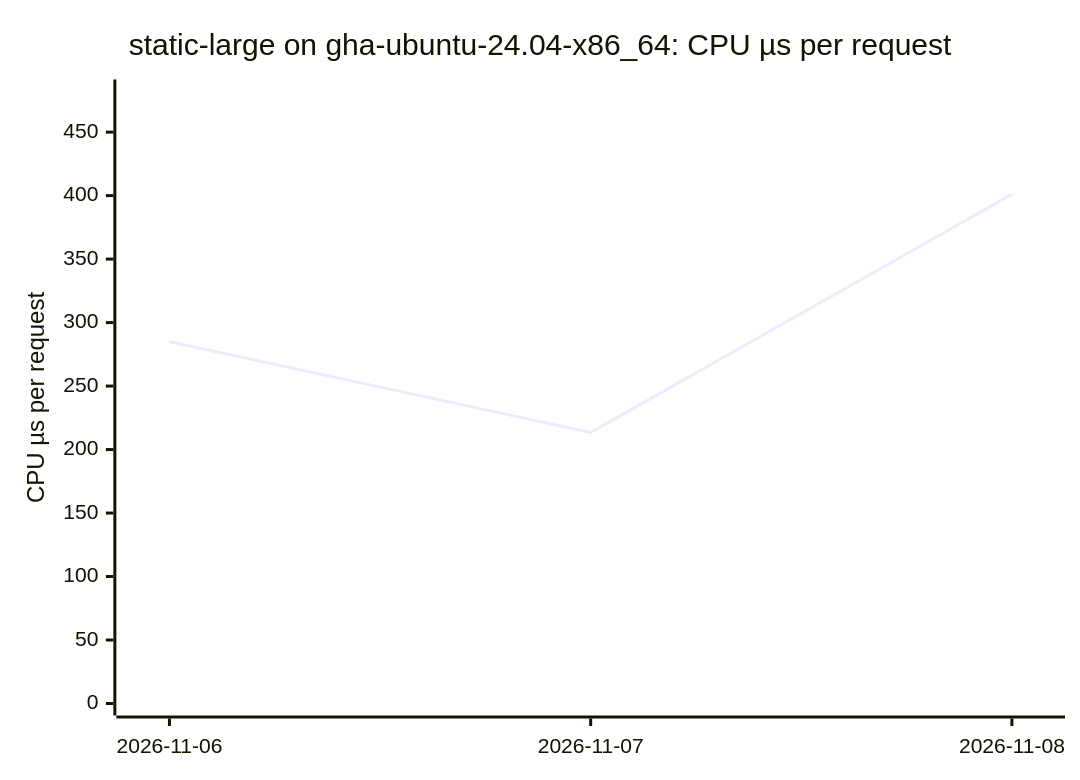
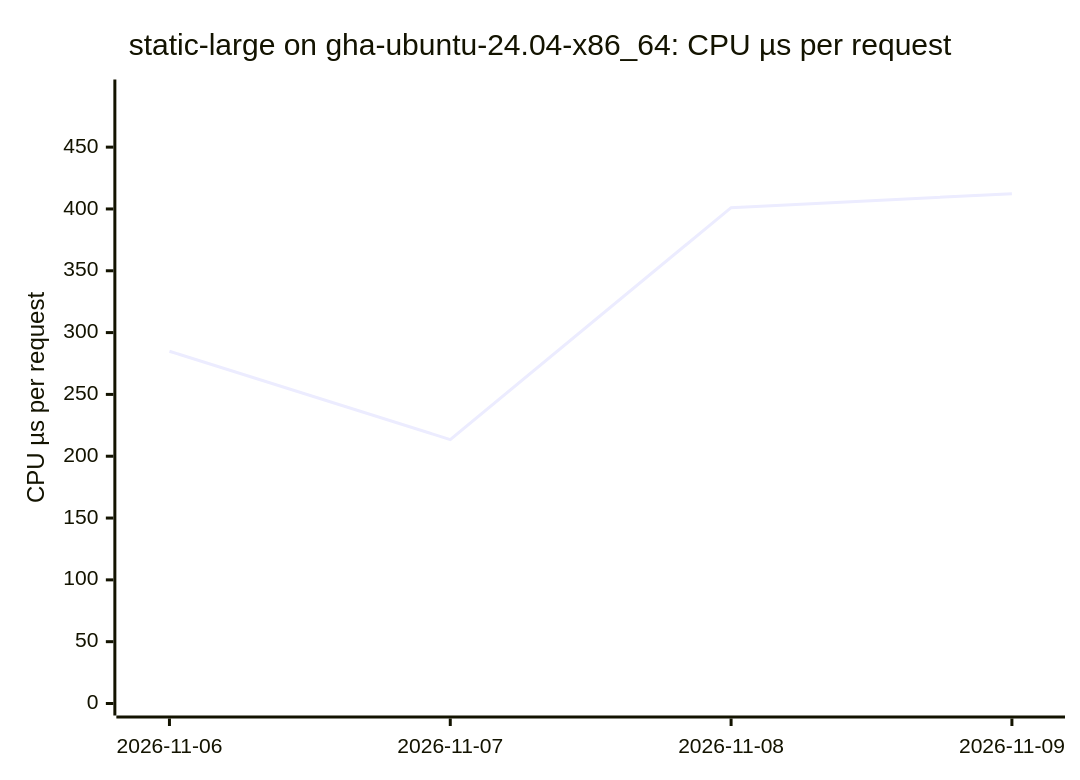
Before and after one commit to ThePixelPilgrim/durchlauferhitzer: the second of 18 diagrams in BENCHMARKS.md, drawn with Mermaid. The commit also changed other lines of this file and 1 other file, not shown here.

````diff
--- a/BENCHMARKS.md
+++ b/BENCHMARKS.md
@@ -35,7 +36,7 @@
 ```mermaid
 xychart-beta
   title "static-large on gha-ubuntu-24.04-x86_64: CPU µs per request"
-  x-axis ["2026-11-06", "2026-11-07", "2026-11-08"]
-  y-axis "CPU µs per request" 0 --> 482
-  line [284.94, 213.45, 401.07]
+  x-axis ["2026-11-06", "2026-11-07", "2026-11-08", "2026-11-09"]
+  y-axis "CPU µs per request" 0 --> 495
+  line [284.94, 213.45, 401.07, 412.38]
 ```
````
